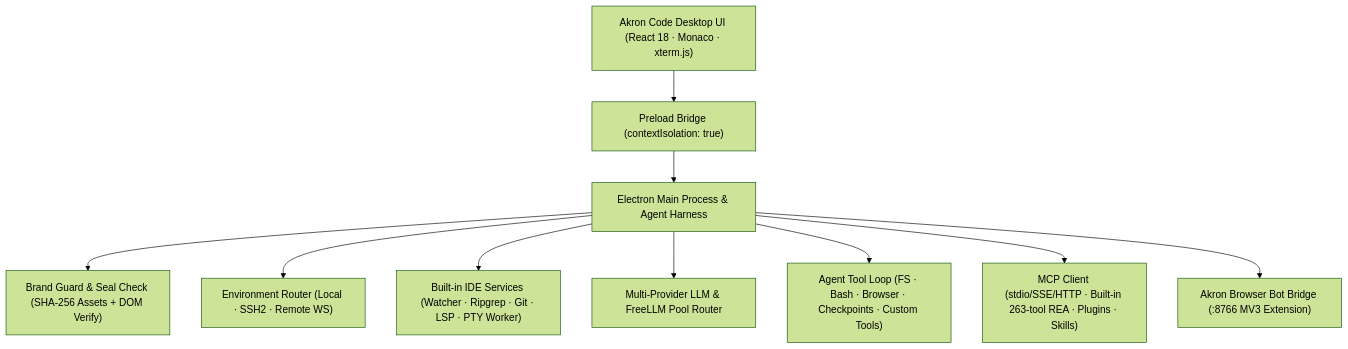
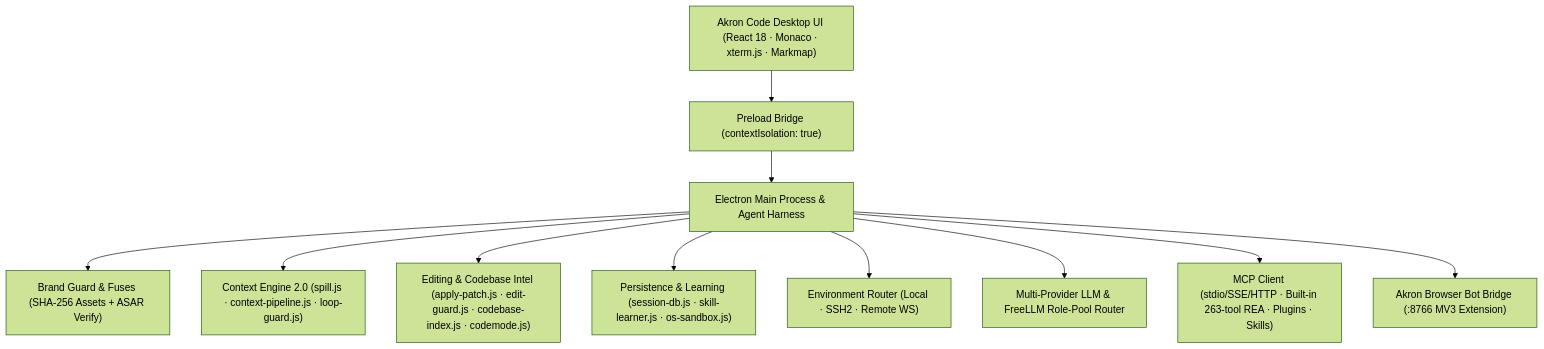
One commit to faysaliteng/akron-code changed the diagram in README.md. Above: the diagram before and after it, drawn with Mermaid (forest theme). The commit also changed other lines of this file and 20 other files, not shown here.

Commit message:
chore(release): prepare Akron Code v1.1.0 (branding sweep, Linux deb target, verify-release, enterprise docs)

````diff
--- a/README.md
+++ b/README.md
@@ -112,13 +122,14 @@
 ```mermaid
 flowchart TD
-  UI["Akron Code Desktop UI (React 18 · Monaco · xterm.js)"] --> Preload["Preload Bridge (contextIsolation: true)"]
+  UI["Akron Code Desktop UI (React 18 · Monaco · xterm.js · Markmap)"] --> Preload["Preload Bridge (contextIsolation: true)"]
   Preload --> Main["Electron Main Process & Agent Harness"]
 
-  Main --> Brand["Brand Guard & Seal Check (SHA-256 Assets + DOM Verify)"]
+  Main --> Brand["Brand Guard & Fuses (SHA-256 Assets + ASAR Verify)"]
+  Main --> Context["Context Engine 2.0 (spill.js · context-pipeline.js · loop-guard.js)"]
+  Main --> Intel["Editing & Codebase Intel (apply-patch.js · edit-guard.js · codebase-index.js · codemode.js)"]
+  Main --> Persist["Persistence & Learning (session-db.js · skill-learner.js · os-sandbox.js)"]
   Main --> Envs["Environment Router (Local · SSH2 · Remote WS)"]
-  Main --> IDE["Built-in IDE Services (Watcher · Ripgrep · Git · LSP · PTY Worker)"]
-  Main --> Router["Multi-Provider LLM & FreeLLM Pool Router"]
-  Main --> Tools["Agent Tool Loop (FS · Bash · Browser · Checkpoints · Custom Tools)"]
+  Main --> Router["Multi-Provider LLM & FreeLLM Role-Pool Router"]
   Main --> Ext["MCP Client (stdio/SSE/HTTP · Built-in 263-tool REA · Plugins · Skills)"]
   Main --> Bridge["Akron Browser Bot Bridge (:8766 MV3 Extension)"]
 ```
````
